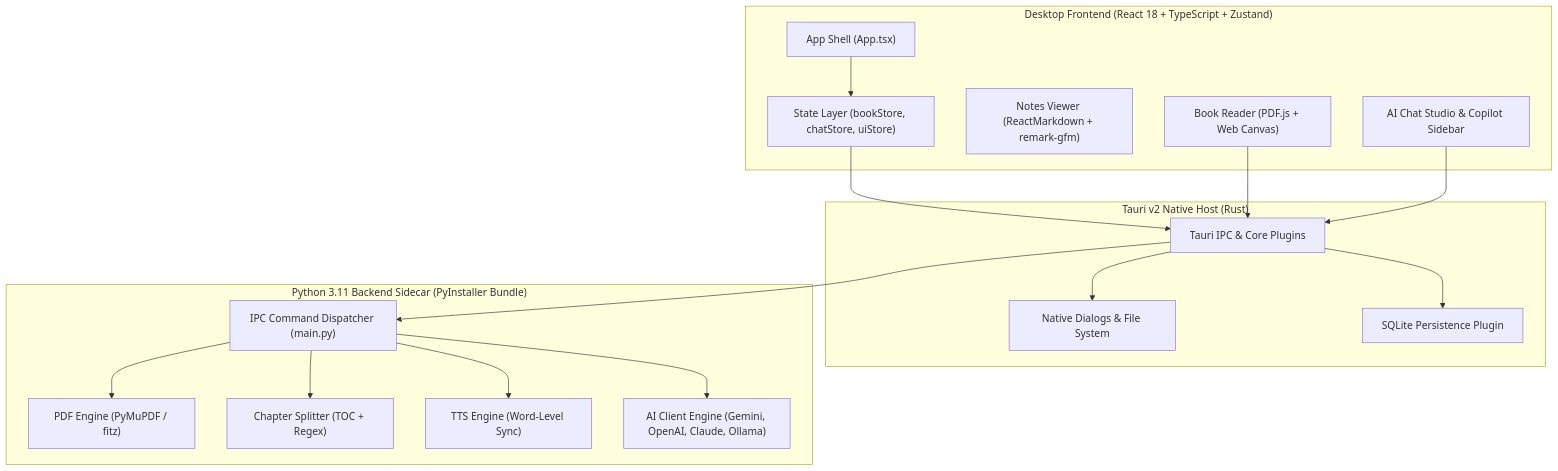
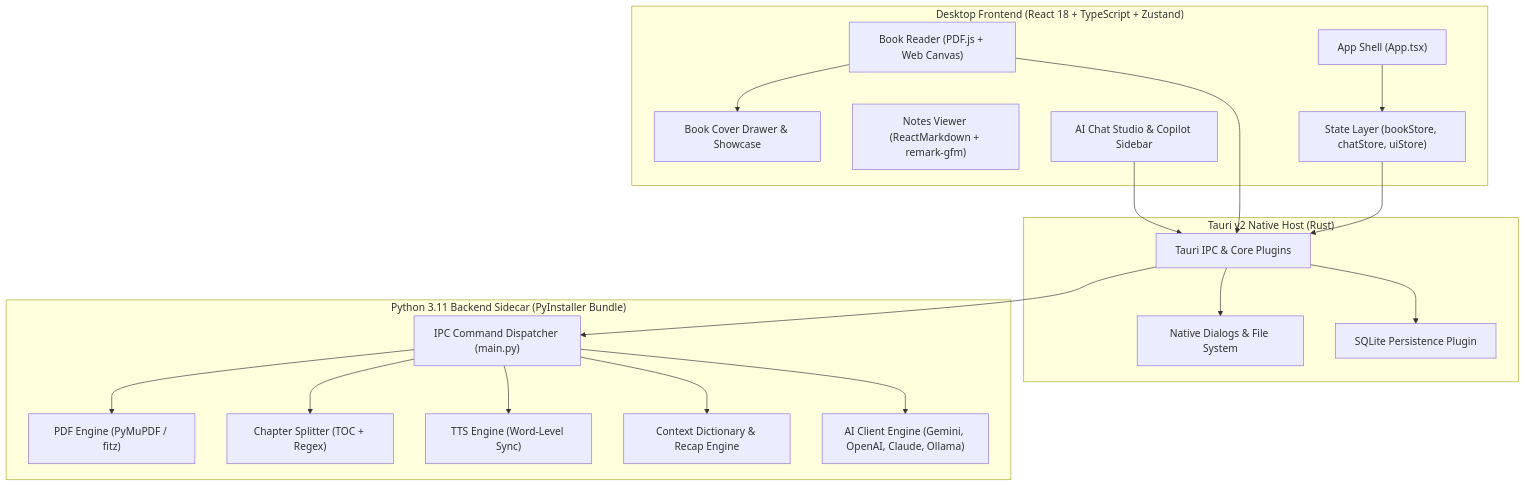
Before and after one commit to Waleed-Khalid-dev/BookSage: the diagram in README.md, drawn with Mermaid. The commit also changed other lines of this file and 3 other files, not shown here.

Commit message:
checkpoint: session complete — memory updated, .gitignore hardened, and README upgraded with draggable book cover & modal themes

````diff
--- a/README.md
+++ b/README.md
@@ -134,36 +154,40 @@
 ```mermaid
 graph TD
     subgraph Frontend ["Desktop Frontend (React 18 + TypeScript + Zustand)"]
         UI["App Shell (App.tsx)"]
         Reader["Book Reader (PDF.js + Web Canvas)"]
+        Drawer["Book Cover Drawer & Showcase"]
         Notes["Notes Viewer (ReactMarkdown + remark-gfm)"]
         Chat["AI Chat Studio & Copilot Sidebar"]
         Store["State Layer (bookStore, chatStore, uiStore)"]
     end
 
     subgraph DesktopShell ["Tauri v2 Native Host (Rust)"]
         IPC["Tauri IPC & Core Plugins"]
         Dialog["Native Dialogs & File System"]
         SQL["SQLite Persistence Plugin"]
     end
 
     subgraph Sidecar ["Python 3.11 Backend Sidecar (PyInstaller Bundle)"]
         Main["IPC Command Dispatcher (main.py)"]
         PDF["PDF Engine (PyMuPDF / fitz)"]
         Splitter["Chapter Splitter (TOC + Regex)"]
         TTS["TTS Engine (Word-Level Sync)"]
+        Dict["Context Dictionary & Recap Engine"]
         AI["AI Client Engine (Gemini, OpenAI, Claude, Ollama)"]
     end
 
     UI --> Store
     Store --> IPC
+    Reader --> Drawer
     Reader --> IPC
     Chat --> IPC
     IPC --> SQL
     IPC --> Dialog
     IPC --> Main
     Main --> PDF
     Main --> Splitter
     Main --> TTS
+    Main --> Dict
     Main --> AI
 ```
````
